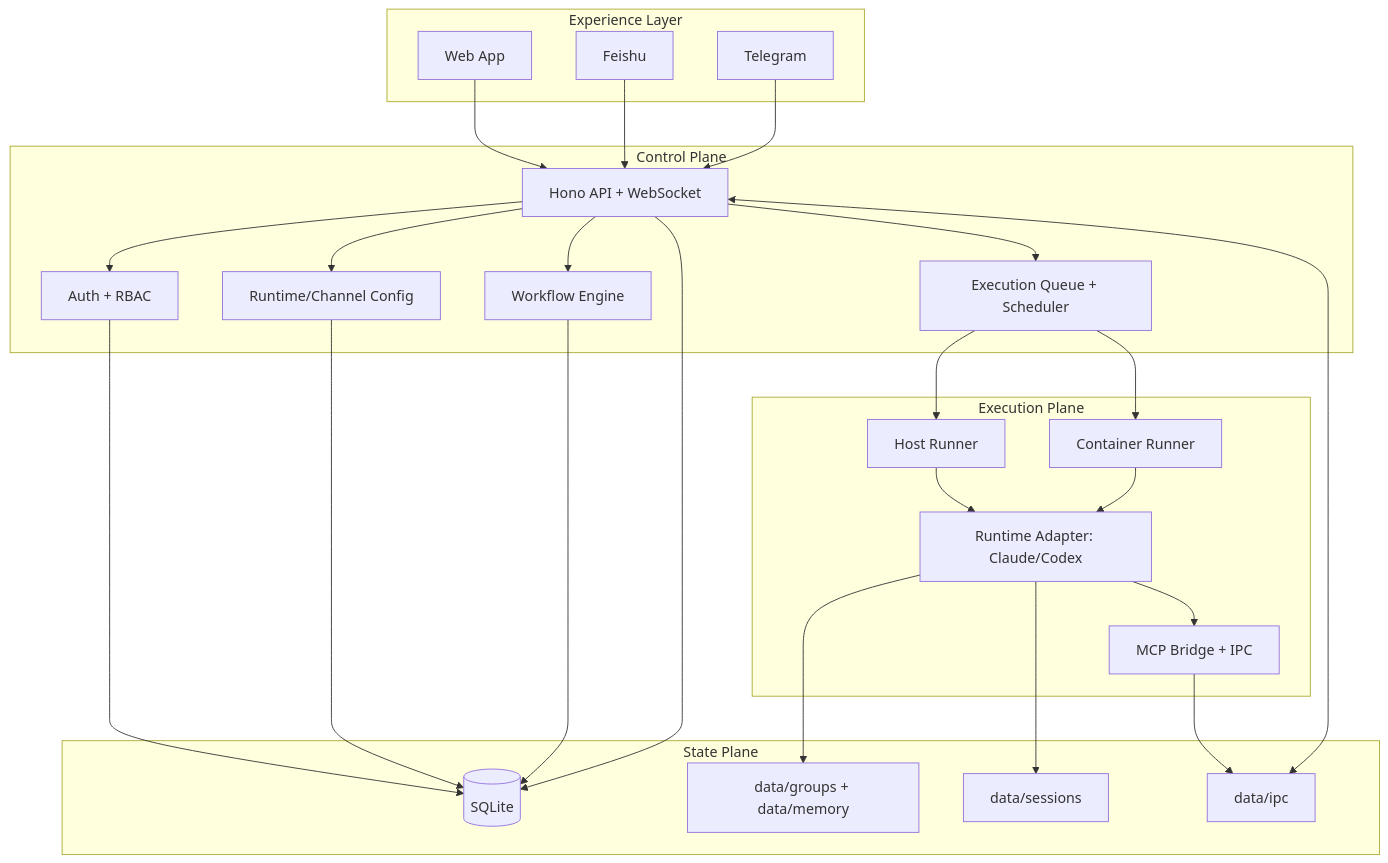
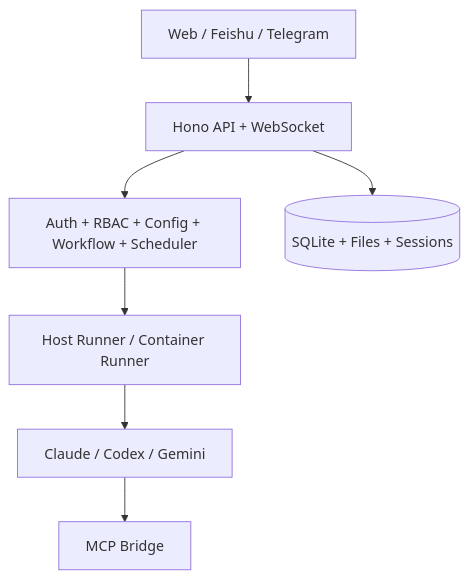
One commit to kexuejin/solomesh changed the diagram in README.md. Above: the diagram before and after it, drawn with Mermaid. The commit also changed other lines of this file and 1 other file, not shown here.

````diff
--- a/README.md
+++ b/README.md
@@ -116,55 +169,9 @@
 ```mermaid
 flowchart TB
-  subgraph L1[Experience Layer]
-    W[Web App]
-    F[Feishu]
-    T[Telegram]
-  end
-
-  subgraph L2[Control Plane]
-    API[Hono API + WebSocket]
-    AUTH[Auth + RBAC]
-    CFG[Runtime/Channel Config]
-    WF[Workflow Engine]
-    QUEUE[Execution Queue + Scheduler]
-  end
-
-  subgraph L3[Execution Plane]
-    HOST[Host Runner]
-    CTR[Container Runner]
-    RT[Runtime Adapter: Claude/Codex]
-    MCP[MCP Bridge + IPC]
-  end
-
-  subgraph L4[State Plane]
-    DB[(SQLite)]
-    FILES[data/groups + data/memory]
-    SESS[data/sessions]
-    IPC[data/ipc]
-  end
-
-  W --> API
-  F --> API
-  T --> API
-
-  API --> AUTH
-  API --> CFG
-  API --> WF
-  API --> QUEUE
-
-  QUEUE --> HOST
-  QUEUE --> CTR
-  HOST --> RT
-  CTR --> RT
-  RT --> MCP
-
-  AUTH --> DB
-  CFG --> DB
-  WF --> DB
-  API --> DB
-
-  RT --> FILES
-  RT --> SESS
-  MCP --> IPC
-  API <--> IPC
+  U[Web / Feishu / Telegram] --> API[Hono API + WebSocket]
+  API --> CTRL[Auth + RBAC + Config + Workflow + Scheduler]
+  CTRL --> RUN[Host Runner / Container Runner]
+  RUN --> RT[Claude / Codex / Gemini]
+  RT --> MCP[MCP Bridge]
+  API --> DB[(SQLite + Files + Sessions)]
 ```
````
